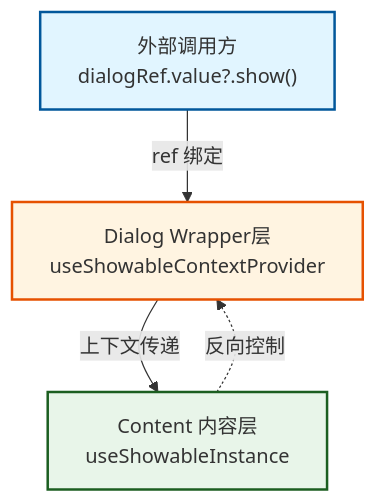
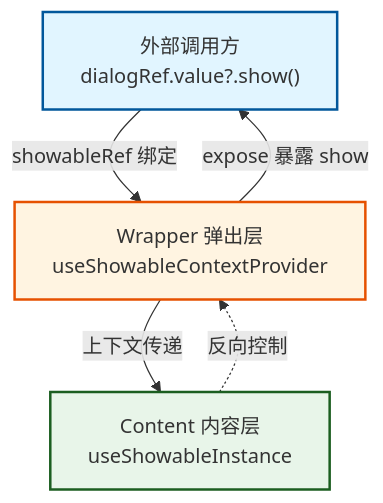
One commit to chizukicn/hoci changed the diagram in docs/component/showable.md. Above: the diagram before and after it, drawn with Mermaid. The commit also changed other lines of this file and 2 other files, not shown here.

````diff
--- a/docs/component/showable.md
+++ b/docs/component/showable.md
@@ -21,14 +21,15 @@
 ```mermaid
 graph TB
     A["外部调用方<br/>dialogRef.value?.show()"]
-    B["Dialog Wrapper层<br/>useShowableContextProvider"]
+    B["Wrapper 弹出层<br/>useShowableContextProvider"]
     C["Content 内容层<br/>useShowableInstance<br/>"]
 
-    A -->|ref 绑定| B
+    A -->|showableRef 绑定| B
+    B -->|expose 暴露 show| A
     B -->|上下文传递| C
     C -.->|反向控制| B
 
     style A fill:#e1f5ff,stroke:#01579b,stroke-width:2px
     style B fill:#fff4e1,stroke:#e65100,stroke-width:2px
     style C fill:#e8f5e9,stroke:#1b5e20,stroke-width:2px
 ```
````
